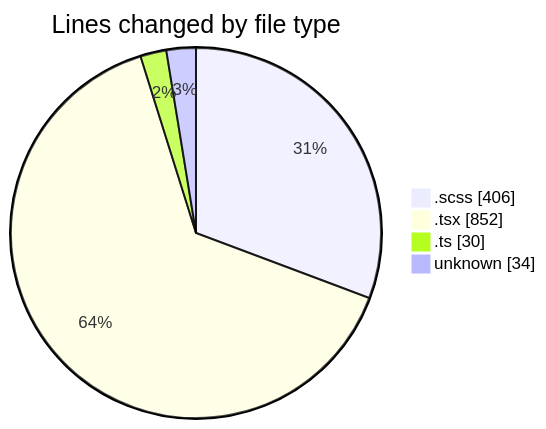
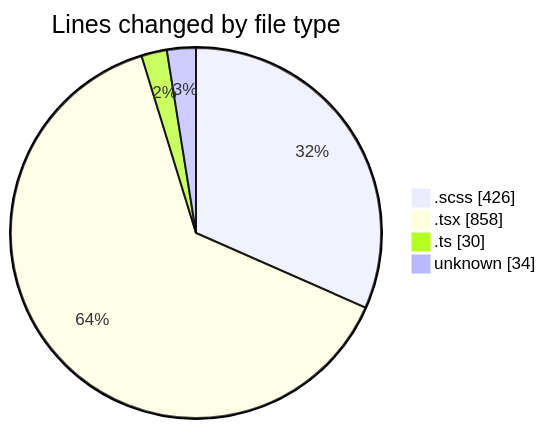
One commit to momahboobian/code-tracking changed the first of 2 diagrams in 2025-02-27/cda/README.md. Above: the diagram before and after it, drawn with Mermaid. The commit also changed other lines of this file and 1 other file, not shown here.

````diff
--- a/2025-02-27/cda/README.md
+++ b/2025-02-27/cda/README.md
@@ -31,8 +31,8 @@
 ```mermaid
 pie showData
 title Lines changed by file type
-".scss" : 406
-".tsx" : 852
+".scss" : 426
+".tsx" : 858
 ".ts" : 30
 "unknown" : 34
 ```
````
